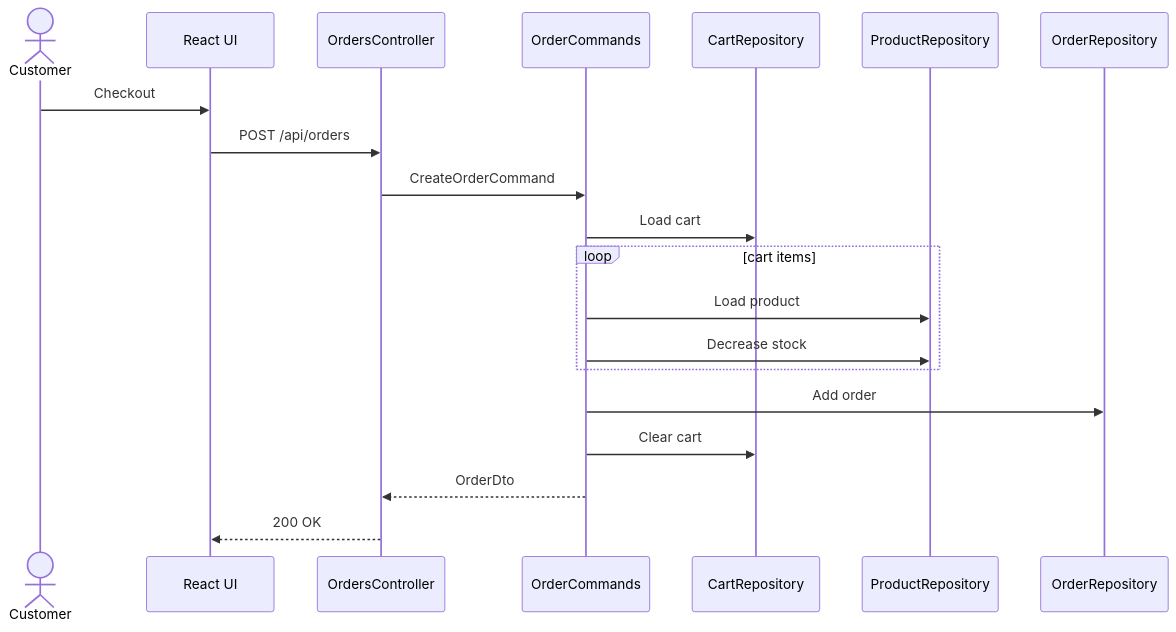
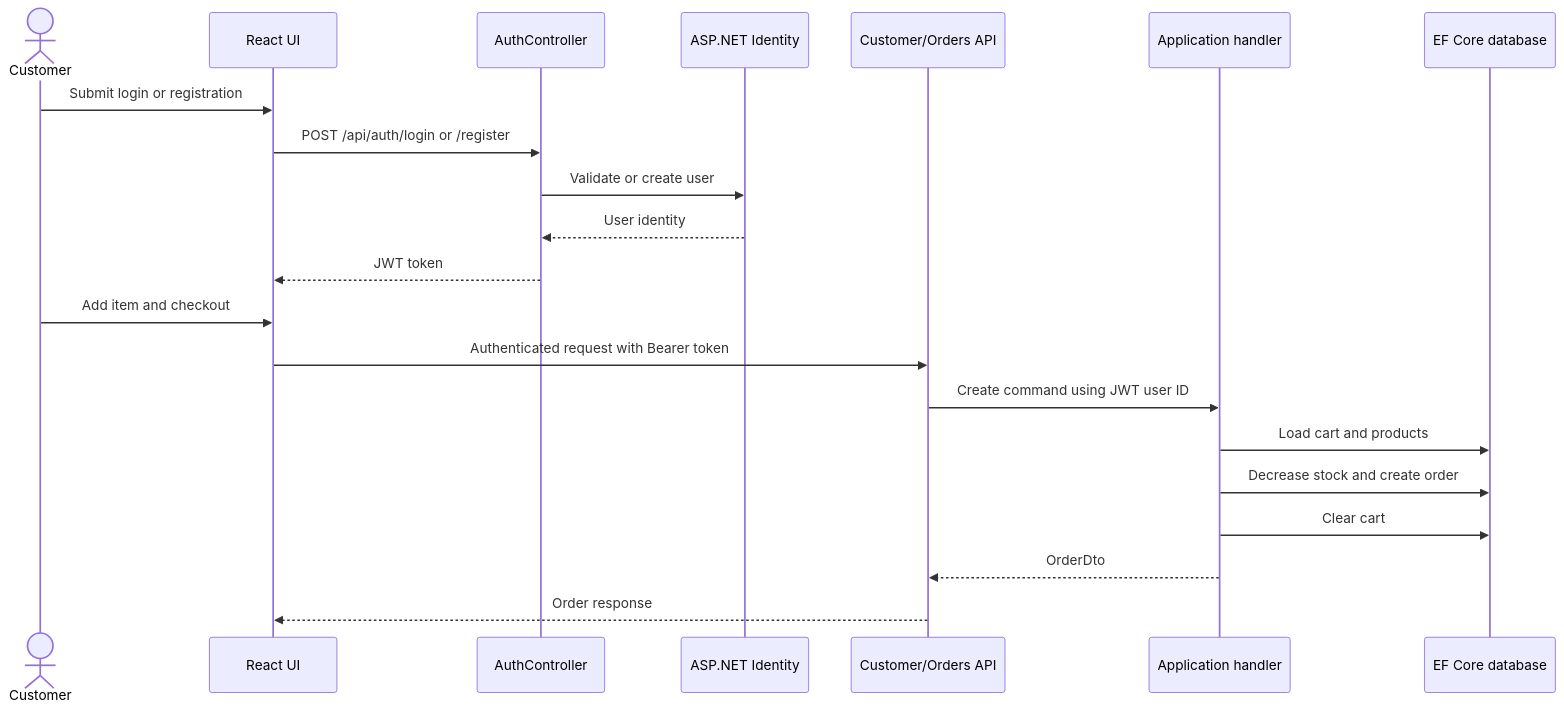
The first of 2 diagrams in docs/uml.md (SiddaiahLakkarse/ReactECommerceAPP), drawn with Mermaid before and after one commit. The commit also changed other lines of this file and 5 other files, not shown here.

````diff
--- a/docs/uml.md
+++ b/docs/uml.md
@@ -5,22 +5,23 @@
 ```mermaid
 sequenceDiagram
   actor Customer
   participant UI as React UI
-  participant API as OrdersController
-  participant Handler as OrderCommands
-  participant Cart as CartRepository
-  participant Products as ProductRepository
-  participant Orders as OrderRepository
-  Customer->>UI: Checkout
-  UI->>API: POST /api/orders
-  API->>Handler: CreateOrderCommand
-  Handler->>Cart: Load cart
-  loop cart items
-	Handler->>Products: Load product
-	Handler->>Products: Decrease stock
-  end
-  Handler->>Orders: Add order
-  Handler->>Cart: Clear cart
+  participant Auth as AuthController
+  participant Identity as ASP.NET Identity
+  participant API as Customer/Orders API
+  participant Handler as Application handler
+  participant DB as EF Core database
+  Customer->>UI: Submit login or registration
+  UI->>Auth: POST /api/auth/login or /register
+  Auth->>Identity: Validate or create user
+  Identity-->>Auth: User identity
+  Auth-->>UI: JWT token
+  Customer->>UI: Add item and checkout
+  UI->>API: Authenticated request with Bearer token
+  API->>Handler: Create command using JWT user ID
+  Handler->>DB: Load cart and products
+  Handler->>DB: Decrease stock and create order
+  Handler->>DB: Clear cart
   Handler-->>API: OrderDto
-  API-->>UI: 200 OK
+  API-->>UI: Order response
 ```
````
